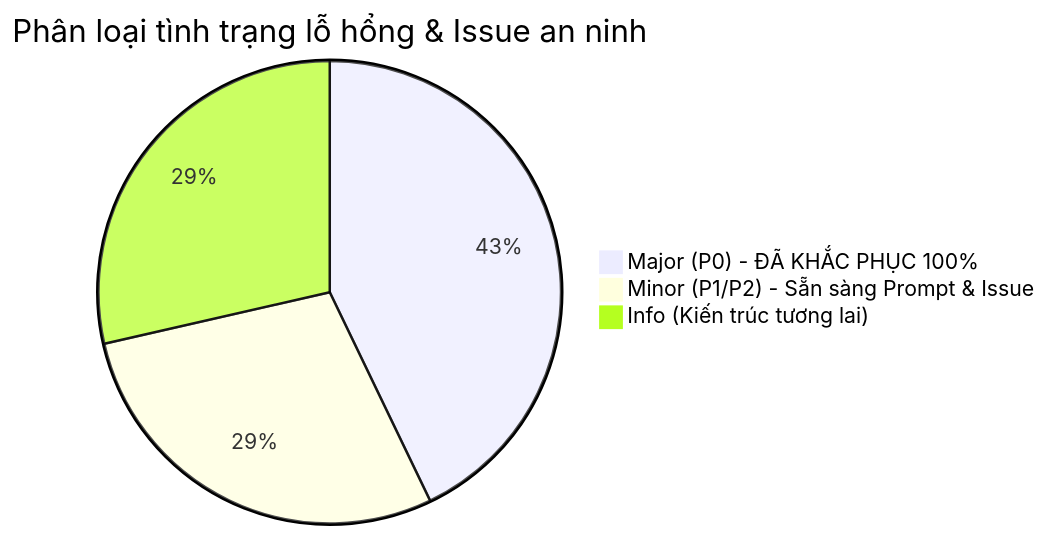
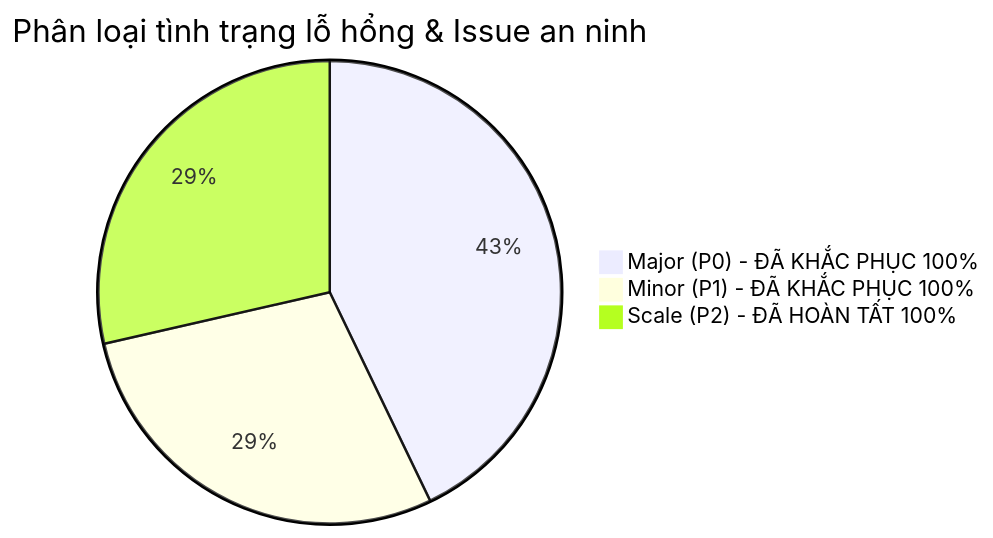
One commit to duongbaphuc/ai-native-oms-api changed the first of 3 diagrams in docs/09-SECURITY_HANDOVER_REPORT.md. Above: the diagram before and after it, drawn with Mermaid. The commit also changed other lines of this file and 7 other files, not shown here.

````diff
--- a/docs/09-SECURITY_HANDOVER_REPORT.md
+++ b/docs/09-SECURITY_HANDOVER_REPORT.md
@@ -72,6 +72,6 @@
 ```mermaid
 pie title Phân loại tình trạng lỗ hổng & Issue an ninh
     "Major (P0) - ĐÃ KHẮC PHỤC 100%" : 3
-    "Minor (P1/P2) - Sẵn sàng Prompt & Issue" : 2
-    "Info (Kiến trúc tương lai)" : 2
+    "Minor (P1) - ĐÃ KHẮC PHỤC 100%" : 2
+    "Scale (P2) - ĐÃ HOÀN TẤT 100%" : 2
 ```
````
